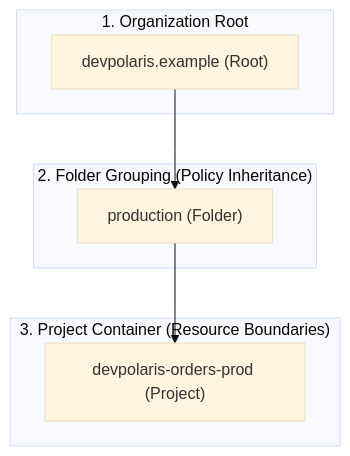
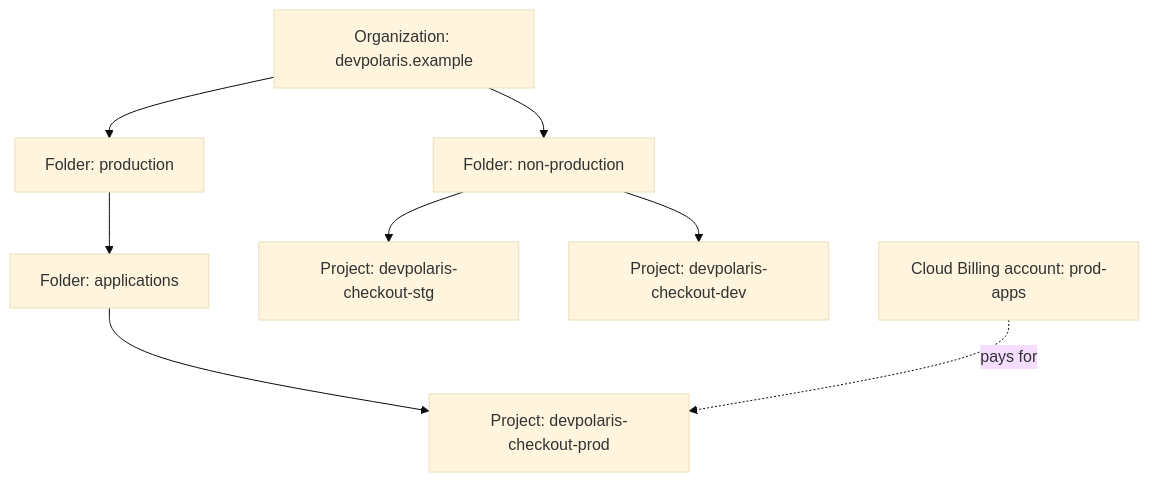
One commit to senlinyy/dev-roadmaps changed the diagram in cloud-providers/gcp/foundations/projects-billing-and-regions.md. Above: the diagram before and after it, drawn with Mermaid (base theme). The commit also changed other lines of this file and 260 other files, not shown here.

````diff
--- a/cloud-providers/gcp/foundations/projects-billing-and-regions.md
+++ b/cloud-providers/gcp/foundations/projects-billing-and-regions.md
@@ -36,15 +89,10 @@
 ```mermaid
 flowchart TD
-    subgraph OrgScope["1. Organization Root"]
-        OrgNode["devpolaris.example (Root)"]
-    end
-    subgraph FoldersScope["2. Folder Grouping (Policy Inheritance)"]
-        FolderProd["production (Folder)"]
-    end
-    subgraph ProjectsScope["3. Project Container (Resource Boundaries)"]
-        ProjectOrders["devpolaris-orders-prod (Project)"]
-    end
-
-    OrgNode --> FolderProd
-    FolderProd --> ProjectOrders
+    Org["Organization: devpolaris.example"] --> Prod["Folder: production"]
+    Org --> NonProd["Folder: non-production"]
+    Prod --> Apps["Folder: applications"]
+    Apps --> CheckoutProd["Project: devpolaris-checkout-prod"]
+    NonProd --> CheckoutStg["Project: devpolaris-checkout-stg"]
+    NonProd --> CheckoutDev["Project: devpolaris-checkout-dev"]
+    Billing["Cloud Billing account: prod-apps"] -. "pays for" .-> CheckoutProd
 ```
````
